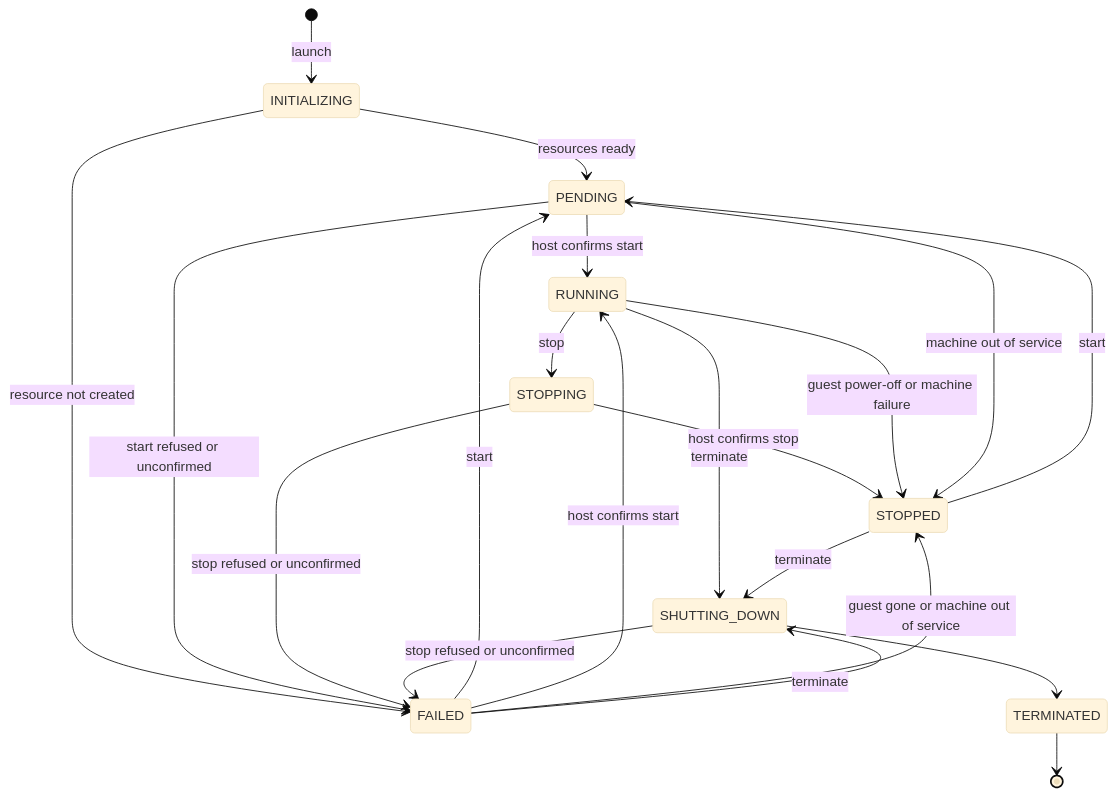
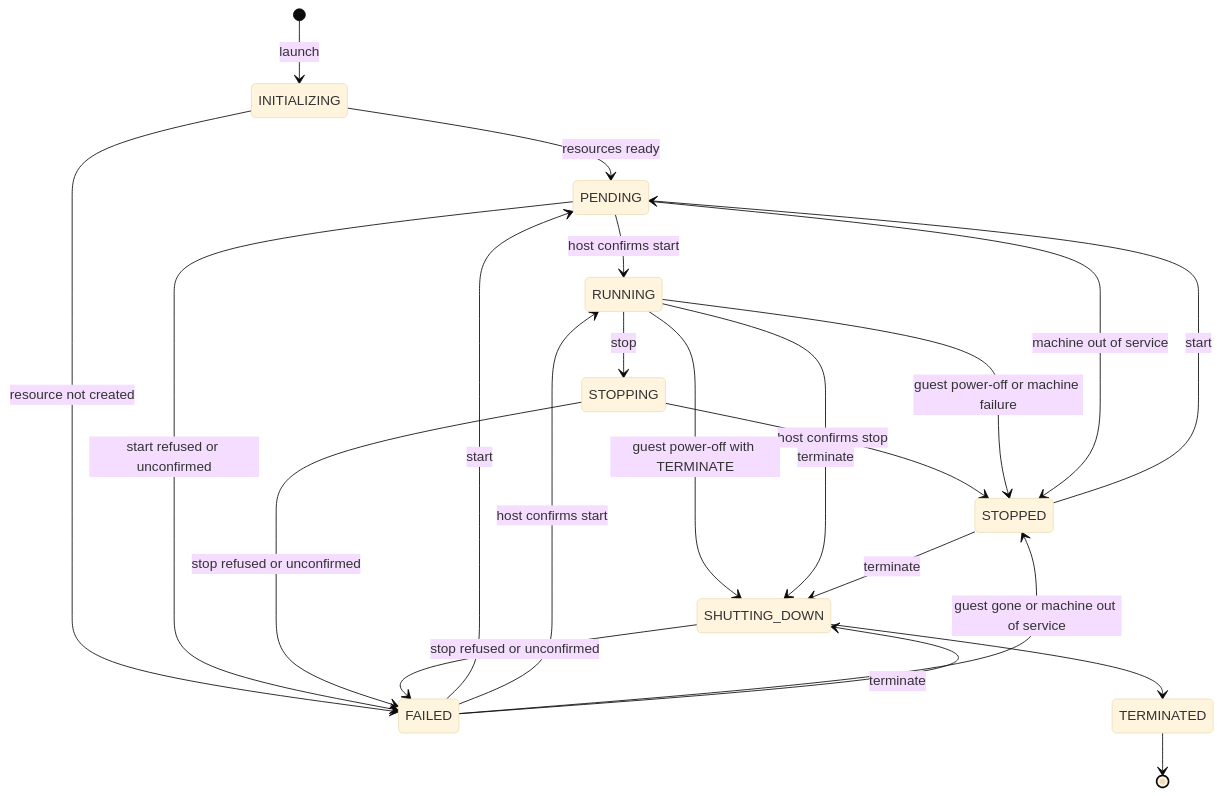
The diagram in docs/compute/instances/lifecycle.md (origincloudhq/docs), drawn with Mermaid (base theme) before and after one commit. The commit also changed other lines of this file and 100 other files, not shown here.

````diff
--- a/docs/compute/instances/lifecycle.md
+++ b/docs/compute/instances/lifecycle.md
@@ -20,25 +20,26 @@
 ```mermaid
 stateDiagram-v2
   accTitle: Instance status transitions
-  accDescr: Launch creates an INITIALIZING instance that moves to PENDING and RUNNING. Stop goes through STOPPING to STOPPED, and a guest power-off or a machine failure goes from RUNNING straight to STOPPED. Start moves STOPPED or FAILED to PENDING. A host that refuses or never confirms an operation leaves the instance FAILED. A FAILED instance becomes RUNNING when its host confirms the start after all, and STOPPED when its host reports the guest gone or its machine is taken out of service. A PENDING instance whose machine is taken out of service becomes STOPPED. Terminate goes through SHUTTING_DOWN to TERMINATED.
+  accDescr: Launch creates an INITIALIZING instance that moves to PENDING and RUNNING. Stop goes through STOPPING to STOPPED, and a guest power-off or a machine failure goes from RUNNING straight to STOPPED. Start moves STOPPED or FAILED to PENDING. A host that refuses or never confirms an operation leaves the instance FAILED. A FAILED instance becomes RUNNING when its host confirms the start after all, and STOPPED when its host reports the guest gone or its machine is taken out of service. A PENDING instance whose machine is taken out of service becomes STOPPED. A guest power-off of an instance whose shutdown behavior is TERMINATE goes to SHUTTING_DOWN. Terminate goes through SHUTTING_DOWN to TERMINATED.
   [*] --> INITIALIZING: launch
   INITIALIZING --> PENDING: resources ready
   PENDING --> RUNNING: host confirms start
   RUNNING --> STOPPING: stop
   STOPPING --> STOPPED: host confirms stop
   RUNNING --> STOPPED: guest power-off or machine failure
+  RUNNING --> SHUTTING_DOWN: guest power-off with TERMINATE
   STOPPED --> PENDING: start
   FAILED --> PENDING: start
   FAILED --> RUNNING: host confirms start
   FAILED --> STOPPED: guest gone or machine out of service
   PENDING --> STOPPED: machine out of service
   INITIALIZING --> FAILED: resource not created
   PENDING --> FAILED: start refused or unconfirmed
   STOPPING --> FAILED: stop refused or unconfirmed
   RUNNING --> SHUTTING_DOWN: terminate
   STOPPED --> SHUTTING_DOWN: terminate
   FAILED --> SHUTTING_DOWN: terminate
   SHUTTING_DOWN --> TERMINATED
   SHUTTING_DOWN --> FAILED: stop refused or unconfirmed
   TERMINATED --> [*]
 ```
````
